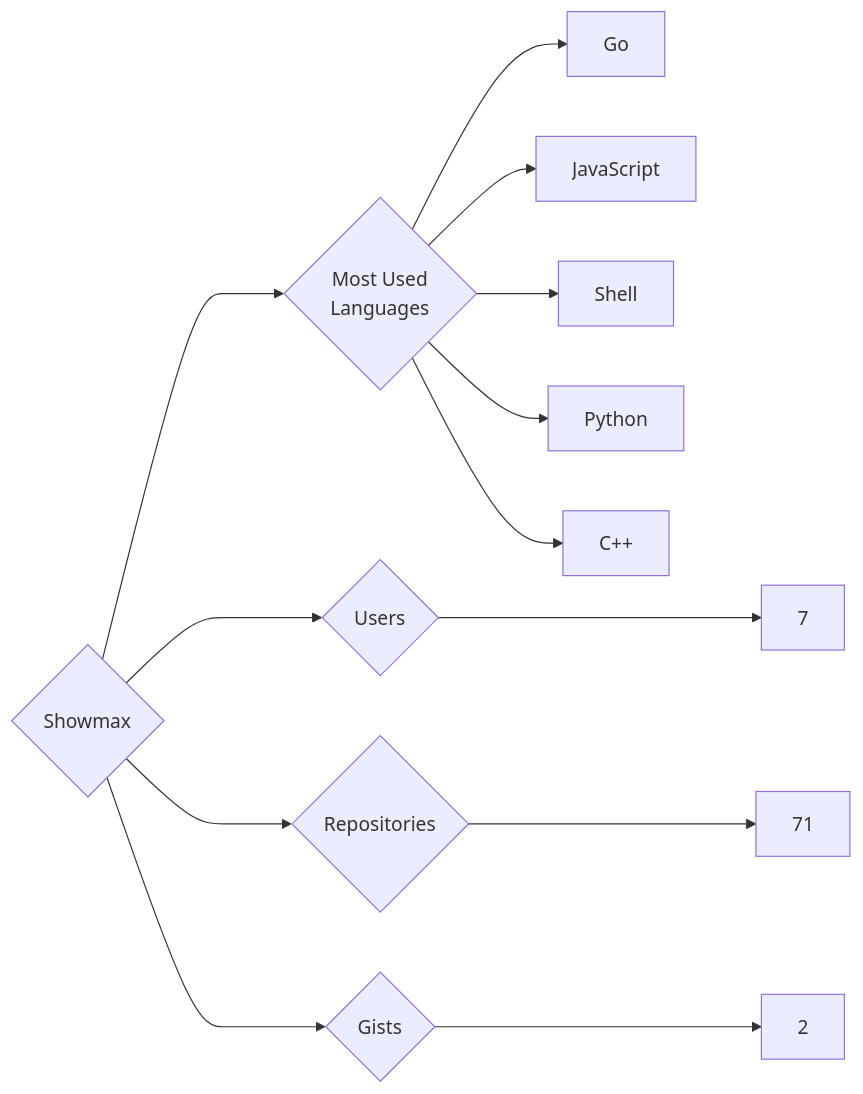
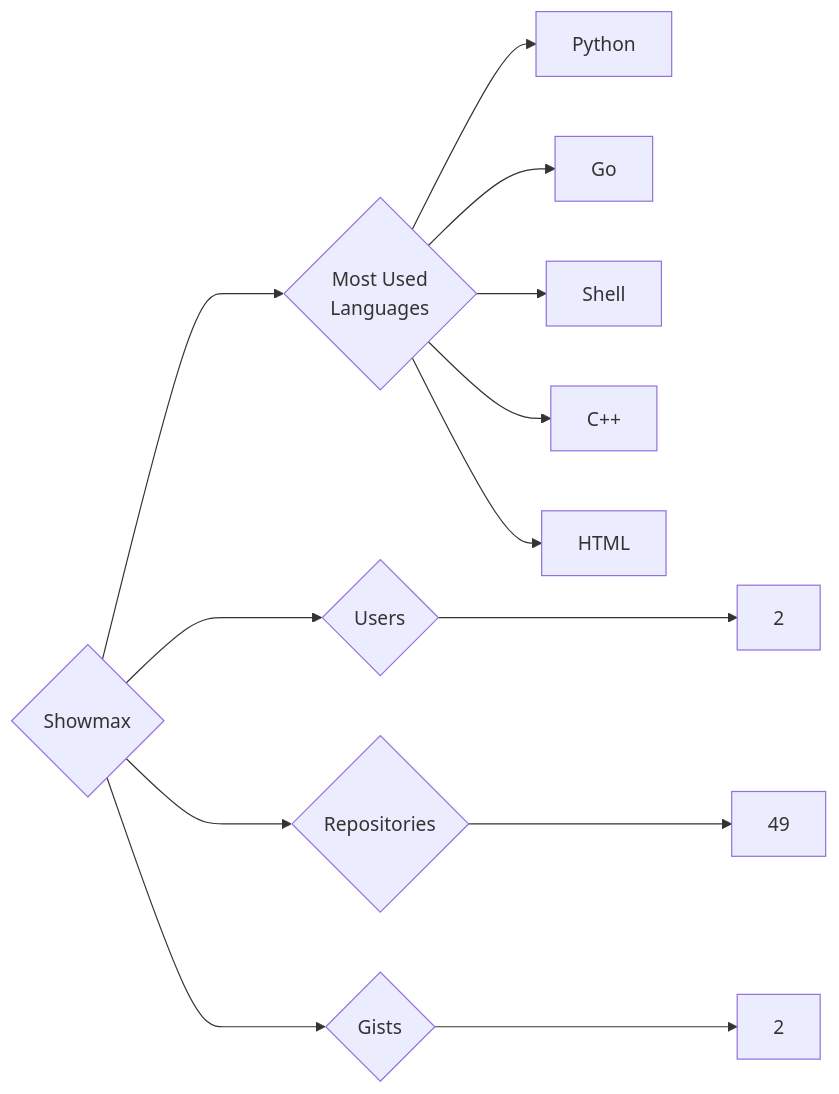
Before and after one commit to trickest/insiders: the diagram in targets/Showmax/README.md, drawn with Mermaid. The commit also changed 682 other files, not shown here.

````diff
--- a/targets/Showmax/README.md
+++ b/targets/Showmax/README.md
@@ -3,13 +3,13 @@
 ```mermaid
 graph LR
 COMPANY_NAME{Showmax}
-COMPANY_NAME ---> U{Users} ---> UN[7]
-COMPANY_NAME ---> R{Repositories} ---> RN[71]
+COMPANY_NAME ---> U{Users} ---> UN[2]
+COMPANY_NAME ---> R{Repositories} ---> RN[49]
 COMPANY_NAME ---> G{Gists} ---> GN[2]
 COMPANY_NAME ---> ML{Most Used<br>Languages}
+ML --> Python[Python]
 ML --> Go[Go]
-ML --> JavaScript[JavaScript]
 ML --> Shell[Shell]
-ML --> Python[Python]
 ML --> C++[C++]
+ML --> HTML[HTML]
 ```
````
